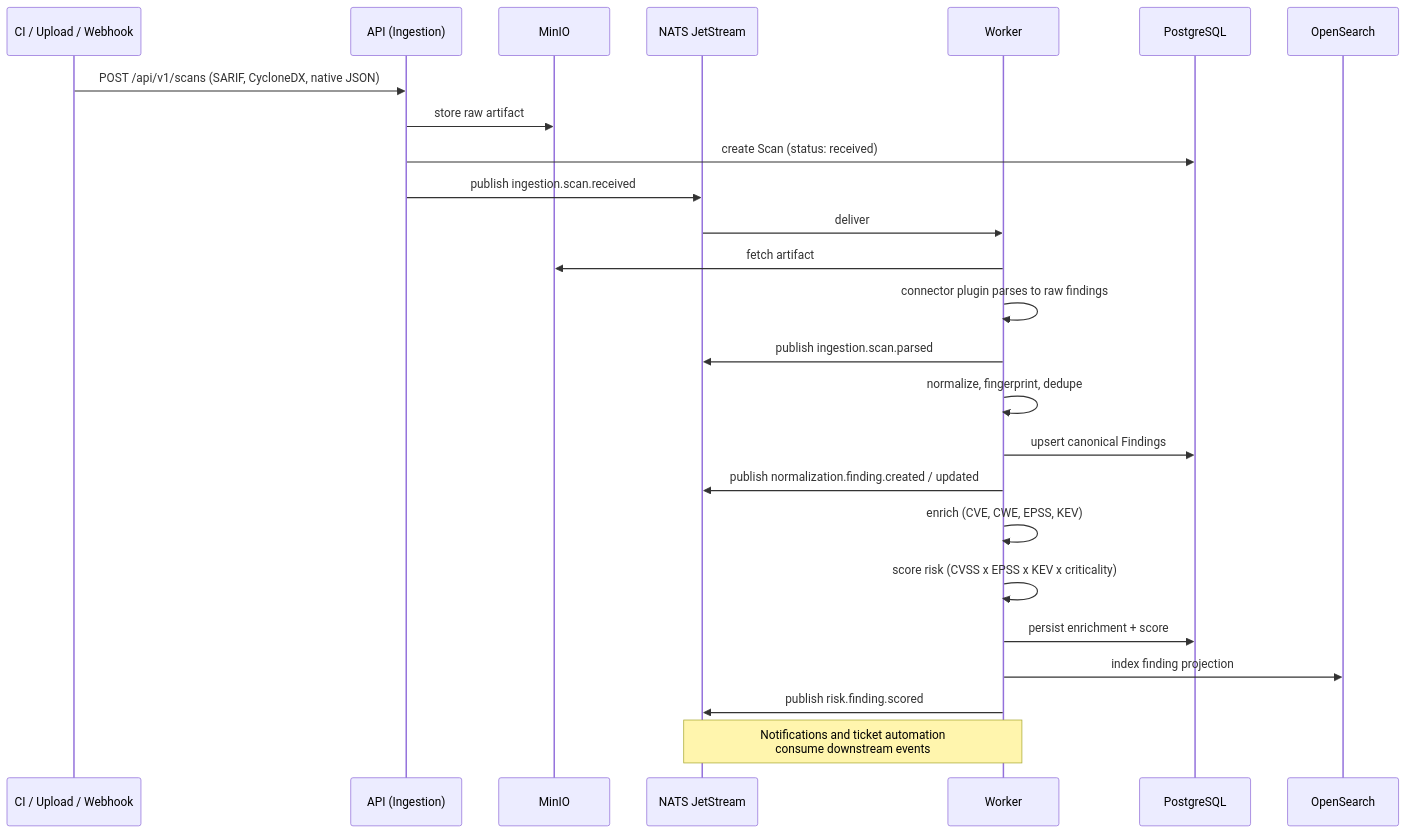
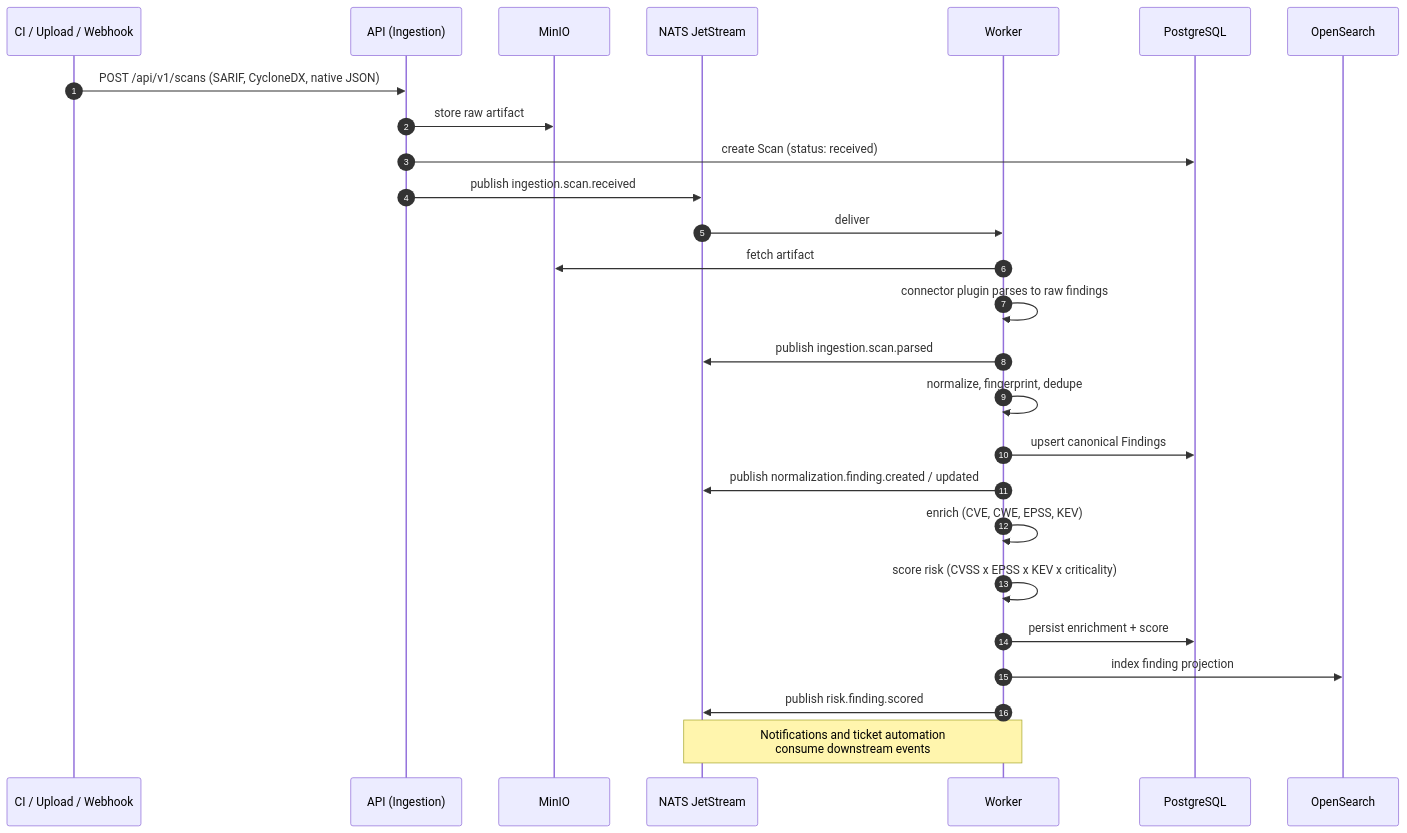
Before and after one commit to PhinehasNarh/vuln-console: the third of 3 diagrams in docs/architecture/overview.md, drawn with Mermaid. The commit also changed other lines of this file and 98 other files, not shown here.

````diff
--- a/docs/architecture/overview.md
+++ b/docs/architecture/overview.md
@@ -107,28 +127,29 @@
 ```mermaid
 sequenceDiagram
+    autonumber
     participant CI as CI / Upload / Webhook
     participant API as API (Ingestion)
     participant M as MinIO
     participant N as NATS JetStream
     participant W as Worker
     participant PG as PostgreSQL
     participant OS as OpenSearch
 
     CI->>API: POST /api/v1/scans (SARIF, CycloneDX, native JSON)
     API->>M: store raw artifact
     API->>PG: create Scan (status: received)
     API->>N: publish ingestion.scan.received
     N->>W: deliver
     W->>M: fetch artifact
     W->>W: connector plugin parses to raw findings
     W->>N: publish ingestion.scan.parsed
     W->>W: normalize, fingerprint, dedupe
     W->>PG: upsert canonical Findings
     W->>N: publish normalization.finding.created / updated
     W->>W: enrich (CVE, CWE, EPSS, KEV)
     W->>W: score risk (CVSS x EPSS x KEV x criticality)
     W->>PG: persist enrichment + score
     W->>OS: index finding projection
     W->>N: publish risk.finding.scored
     Note over N,W: Notifications and ticket automation<br/>consume downstream events
 ```
````
